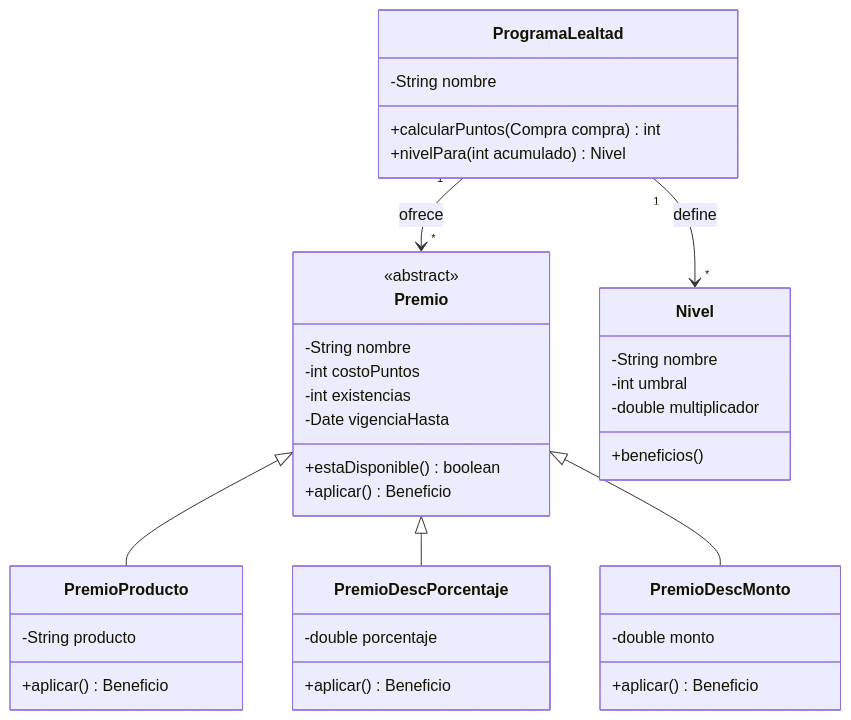
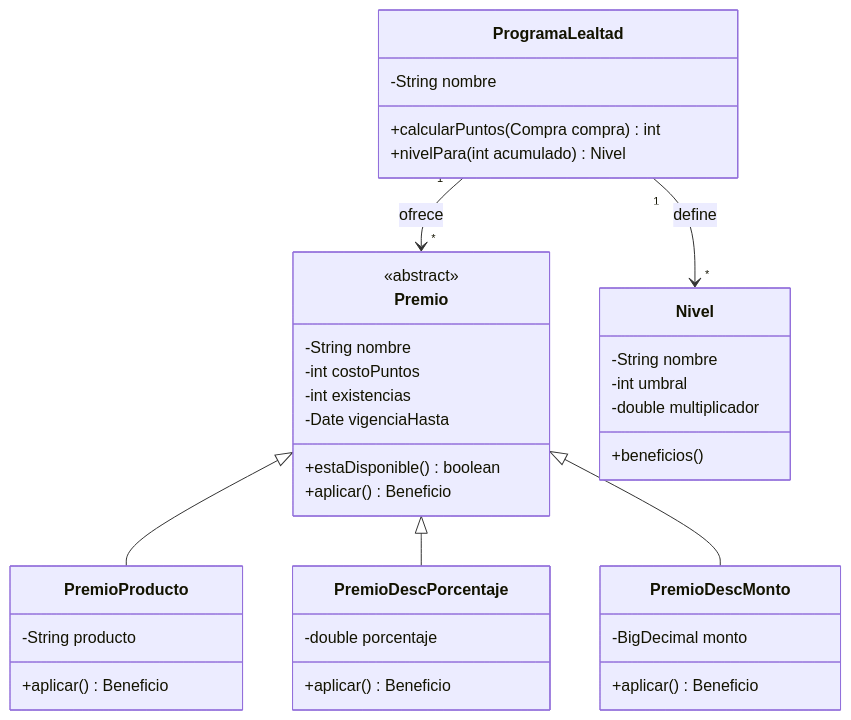
Before and after one commit to Salazarbru/loyaltyaccess: the third of 6 diagrams in docs/artefactos/diagramas de clases.md, drawn with Mermaid. The commit also changed other lines of this file and 3 other files, not shown here.

Commit message:
Se hacen cambios para que todo el proyecto tenga cohesion entre diagramas UML y requisitos

````diff
--- a/docs/artefactos/diagramas de clases.md
+++ b/docs/artefactos/diagramas de clases.md
@@ -153,41 +160,41 @@
 ```mermaid
 classDiagram
     class ProgramaLealtad {
         -String nombre
         +calcularPuntos(Compra compra) int
         +nivelPara(int acumulado) Nivel
     }
     class Premio {
         <<abstract>>
         -String nombre
         -int costoPuntos
         -int existencias
         -Date vigenciaHasta
         +estaDisponible() boolean
         +aplicar() Beneficio
     }
     class PremioProducto {
         -String producto
         +aplicar() Beneficio
     }
     class PremioDescPorcentaje {
         -double porcentaje
         +aplicar() Beneficio
     }
     class PremioDescMonto {
-        -double monto
+        -BigDecimal monto
         +aplicar() Beneficio
     }
     class Nivel {
         -String nombre
         -int umbral
         -double multiplicador
         +beneficios()
     }
 
     Premio <|-- PremioProducto
     Premio <|-- PremioDescPorcentaje
     Premio <|-- PremioDescMonto
     ProgramaLealtad "1" --> "*" Premio : ofrece
     ProgramaLealtad "1" --> "*" Nivel : define
 ```
````
